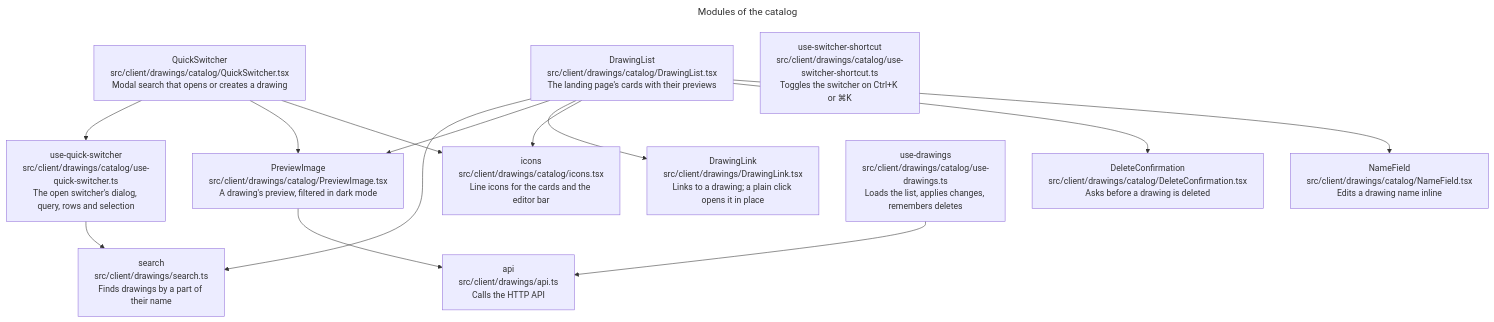
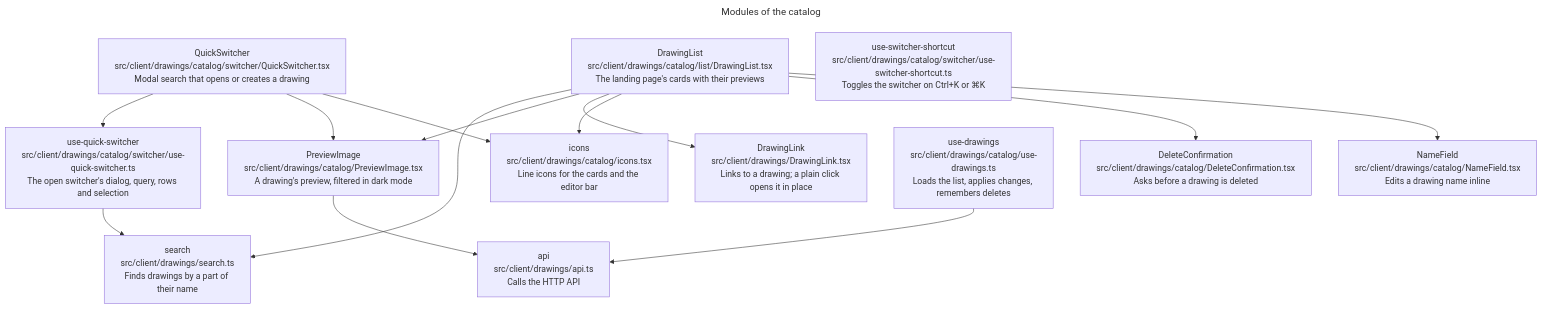
Before and after one commit to remshams/excalidraw-dashboard: the seventh of 10 diagrams in docs/architecture/architecture.md, drawn with Mermaid. The commit also changed other lines of this file and 1 other file, not shown here.

Commit message:
docs(Architecture): name the catalog's list and switcher folders

````diff
--- a/docs/architecture/architecture.md
+++ b/docs/architecture/architecture.md
@@ -180,23 +180,23 @@
 ```mermaid
 ---
 title: Modules of the catalog
 ---
 flowchart TD
-    list["DrawingList<br>src/client/drawings/catalog/DrawingList.tsx<br>The landing page's cards with their previews"]:::module
-    switcher["QuickSwitcher<br>src/client/drawings/catalog/QuickSwitcher.tsx<br>Modal search that opens or creates a drawing"]:::module
-    switcherState["use-quick-switcher<br>src/client/drawings/catalog/use-quick-switcher.ts<br>The open switcher's dialog, query, rows and selection"]:::module
-    shortcut["use-switcher-shortcut<br>src/client/drawings/catalog/use-switcher-shortcut.ts<br>Toggles the switcher on Ctrl+K or ⌘K"]:::module
+    list["DrawingList<br>src/client/drawings/catalog/list/DrawingList.tsx<br>The landing page's cards with their previews"]:::module
+    switcher["QuickSwitcher<br>src/client/drawings/catalog/switcher/QuickSwitcher.tsx<br>Modal search that opens or creates a drawing"]:::module
+    switcherState["use-quick-switcher<br>src/client/drawings/catalog/switcher/use-quick-switcher.ts<br>The open switcher's dialog, query, rows and selection"]:::module
+    shortcut["use-switcher-shortcut<br>src/client/drawings/catalog/switcher/use-switcher-shortcut.ts<br>Toggles the switcher on Ctrl+K or ⌘K"]:::module
     previewImage["PreviewImage<br>src/client/drawings/catalog/PreviewImage.tsx<br>A drawing's preview, filtered in dark mode"]:::module
     name["NameField<br>src/client/drawings/catalog/NameField.tsx<br>Edits a drawing name inline"]:::module
     confirm["DeleteConfirmation<br>src/client/drawings/catalog/DeleteConfirmation.tsx<br>Asks before a drawing is deleted"]:::module
     icons["icons<br>src/client/drawings/catalog/icons.tsx<br>Line icons for the cards and the editor bar"]:::module
     drawings["use-drawings<br>src/client/drawings/catalog/use-drawings.ts<br>Loads the list, applies changes, remembers deletes"]:::module
     link["DrawingLink<br>src/client/drawings/DrawingLink.tsx<br>Links to a drawing; a plain click opens it in place"]:::module
     api["api<br>src/client/drawings/api.ts<br>Calls the HTTP API"]:::module
     search["search<br>src/client/drawings/search.ts<br>Finds drawings by a part of their name"]:::module
     list --> name & confirm & icons & link & previewImage & search
     switcher --> icons & previewImage & switcherState
     switcherState --> search
     previewImage --> api
     drawings --> api
 ```
````
